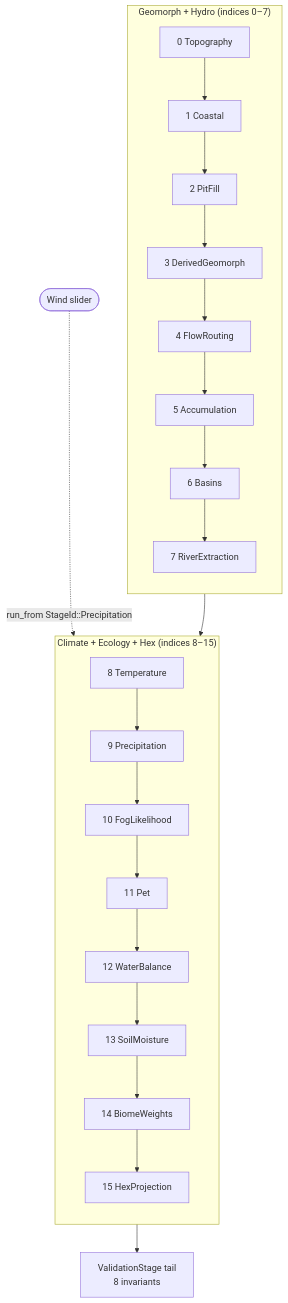
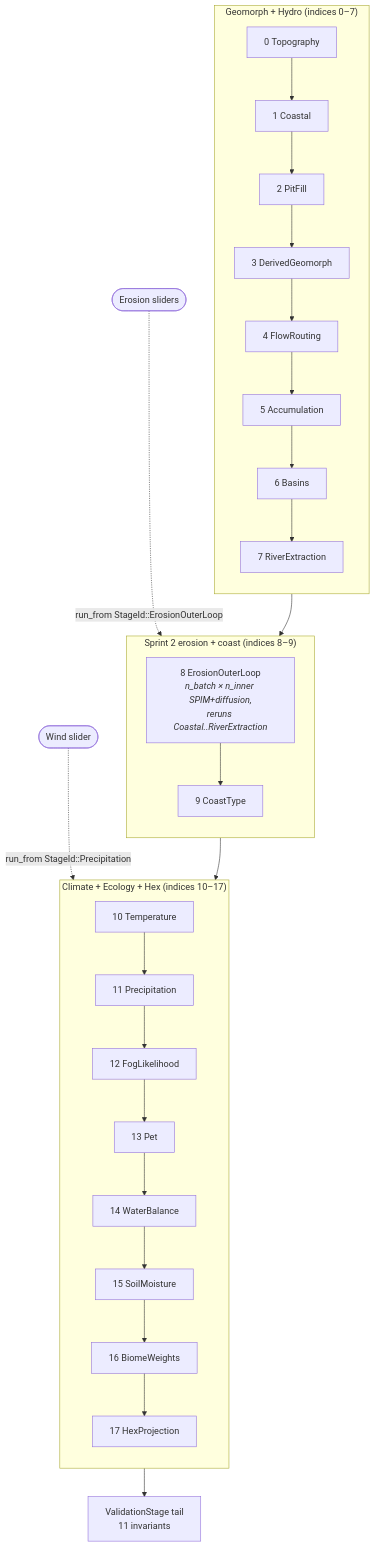
The third of 5 diagrams in docs/architecture/ARCHITECTURE.md (AmanThuL/Island-Proc-Gen), drawn with Mermaid before and after one commit. The commit also changed other lines of this file and 4 other files, not shown here.

````diff
--- a/docs/architecture/ARCHITECTURE.md
+++ b/docs/architecture/ARCHITECTURE.md
@@ -182,27 +185,33 @@
 ```mermaid
 flowchart TB
     subgraph Geo["Geomorph + Hydro (indices 0–7)"]
         direction TB
         S0[0&nbsp;Topography] --> S1[1&nbsp;Coastal]
         S1 --> S2[2&nbsp;PitFill]
         S2 --> S3[3&nbsp;DerivedGeomorph]
         S3 --> S4[4&nbsp;FlowRouting]
         S4 --> S5[5&nbsp;Accumulation]
         S5 --> S6[6&nbsp;Basins]
         S6 --> S7[7&nbsp;RiverExtraction]
     end
-    subgraph Clim["Climate + Ecology + Hex (indices 8–15)"]
+    subgraph Erosion["Sprint 2 erosion + coast (indices 8–9)"]
         direction TB
-        S8[8&nbsp;Temperature] --> S9[9&nbsp;Precipitation]
-        S9 --> S10[10&nbsp;FogLikelihood]
-        S10 --> S11[11&nbsp;Pet]
-        S11 --> S12[12&nbsp;WaterBalance]
-        S12 --> S13[13&nbsp;SoilMoisture]
-        S13 --> S14[14&nbsp;BiomeWeights]
-        S14 --> S15[15&nbsp;HexProjection]
+        S8[8&nbsp;ErosionOuterLoop<br/><i>n_batch × n_inner SPIM+diffusion,<br/>reruns Coastal..RiverExtraction</i>] --> S9[9&nbsp;CoastType]
+    end
+    subgraph Clim["Climate + Ecology + Hex (indices 10–17)"]
+        direction TB
+        S10[10&nbsp;Temperature] --> S11[11&nbsp;Precipitation]
+        S11 --> S12[12&nbsp;FogLikelihood]
+        S12 --> S13[13&nbsp;Pet]
+        S13 --> S14[14&nbsp;WaterBalance]
+        S14 --> S15[15&nbsp;SoilMoisture]
+        S15 --> S16[16&nbsp;BiomeWeights]
+        S16 --> S17[17&nbsp;HexProjection]
     end
     S7 --> S8
-    S15 --> V[ValidationStage&nbsp;tail<br/>8 invariants]
+    S9 --> S10
+    S17 --> V[ValidationStage&nbsp;tail<br/>11 invariants]
 
-    Slider([Wind slider]) -. run_from&nbsp;StageId::Precipitation .-> S9
+    Slider([Wind slider]) -. run_from&nbsp;StageId::Precipitation .-> S11
+    ErosionSlider([Erosion sliders]) -. run_from&nbsp;StageId::ErosionOuterLoop .-> S8
 ```
````
